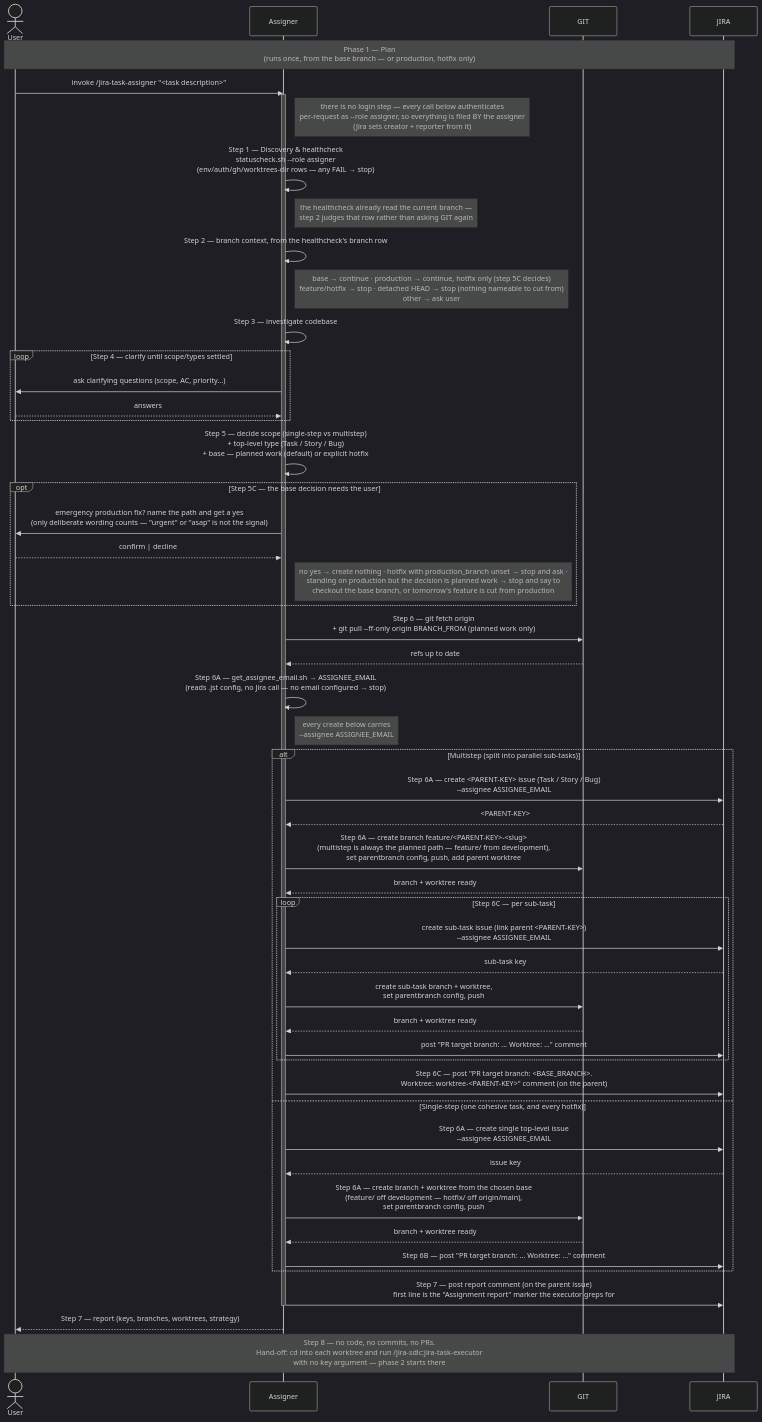
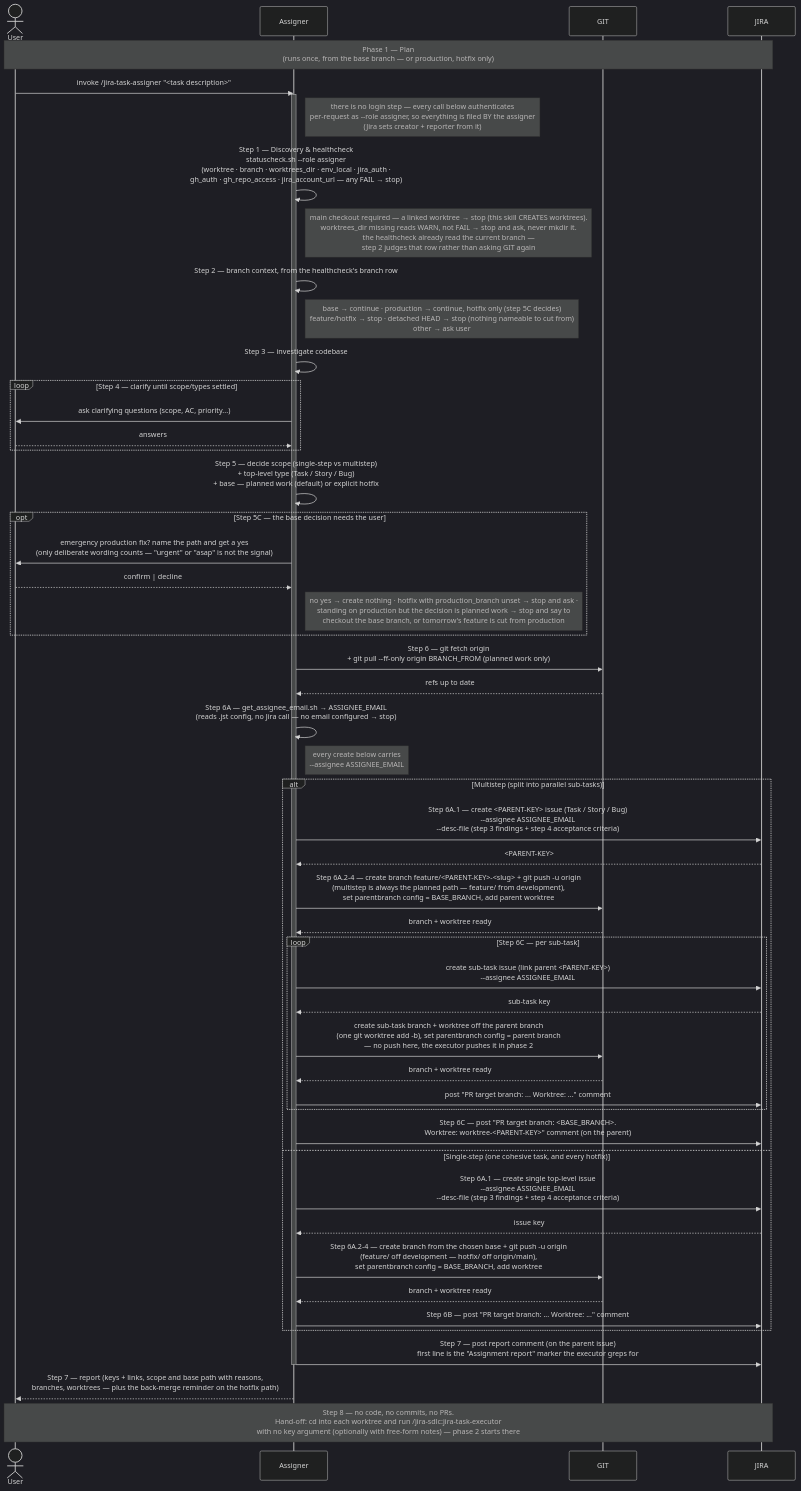
One commit to kantorv/jira-sdlc-tools changed the diagram in docs/task-lifecycle/TASK-LIFECYCLE-PHASE-1.md. Above: the diagram before and after it, drawn with Mermaid (dark theme). The commit also changed other lines of this file and 1 other file, not shown here.

First line of the commit message:
JST-298 reconcile the phase 1 diagram with jira-task-assigner

````diff
--- a/docs/task-lifecycle/TASK-LIFECYCLE-PHASE-1.md
+++ b/docs/task-lifecycle/TASK-LIFECYCLE-PHASE-1.md
@@ -39,62 +41,62 @@
 ```mermaid
 sequenceDiagram
     actor User
     participant Assigner
     participant GIT
     participant JIRA
 
     Note over User,JIRA: Phase 1 — Plan<br/>(runs once, from the base branch — or production, hotfix only)
     User->>Assigner: invoke /jira-task-assigner "<task description>"
 
     activate Assigner
     Note right of Assigner: there is no login step — every call below authenticates<br/>per-request as --role assigner, so everything is filed BY the assigner<br/>(Jira sets creator + reporter from it)
-    Assigner->>Assigner: Step 1 — Discovery & healthcheck<br/>statuscheck.sh --role assigner<br/>(env/auth/gh/worktrees-dir rows — any FAIL → stop)
-    Note right of Assigner: the healthcheck already read the current branch —<br/>step 2 judges that row rather than asking GIT again
+    Assigner->>Assigner: Step 1 — Discovery & healthcheck<br/>statuscheck.sh --role assigner<br/>(worktree · branch · worktrees_dir · env_local · jira_auth ·<br/>gh_auth · gh_repo_access · jira_account_url — any FAIL → stop)
+    Note right of Assigner: main checkout required — a linked worktree → stop (this skill CREATES worktrees).<br/>worktrees_dir missing reads WARN, not FAIL → stop and ask, never mkdir it.<br/>the healthcheck already read the current branch —<br/>step 2 judges that row rather than asking GIT again
     Assigner->>Assigner: Step 2 — branch context, from the healthcheck's branch row
     Note right of Assigner: base → continue · production → continue, hotfix only (step 5C decides)<br/>feature/hotfix → stop · detached HEAD → stop (nothing nameable to cut from)<br/>other → ask user
     Assigner->>Assigner: Step 3 — investigate codebase
 
     loop Step 4 — clarify until scope/types settled
         Assigner->>User: ask clarifying questions (scope, AC, priority...)
         User-->>Assigner: answers
     end
 
     Assigner->>Assigner: Step 5 — decide scope (single-step vs multistep)<br/>+ top-level type (Task / Story / Bug)<br/>+ base — planned work (default) or explicit hotfix
 
     opt Step 5C — the base decision needs the user
         Assigner->>User: emergency production fix? name the path and get a yes<br/>(only deliberate wording counts — "urgent" or "asap" is not the signal)
         User-->>Assigner: confirm | decline
         Note right of Assigner: no yes → create nothing · hotfix with production_branch unset → stop and ask ·<br/>standing on production but the decision is planned work → stop and say to<br/>checkout the base branch, or tomorrow's feature is cut from production
     end
 
     Assigner->>GIT: Step 6 — git fetch origin<br/>+ git pull --ff-only origin BRANCH_FROM (planned work only)
     GIT-->>Assigner: refs up to date
     Assigner->>Assigner: Step 6A — get_assignee_email.sh → ASSIGNEE_EMAIL<br/>(reads .jst config, no Jira call — no email configured → stop)
     Note right of Assigner: every create below carries<br/>--assignee ASSIGNEE_EMAIL
 
     alt Multistep (split into parallel sub-tasks)
-        Assigner->>JIRA: Step 6A — create <PARENT-KEY> issue (Task / Story / Bug)<br/>--assignee ASSIGNEE_EMAIL
+        Assigner->>JIRA: Step 6A.1 — create <PARENT-KEY> issue (Task / Story / Bug)<br/>--assignee ASSIGNEE_EMAIL<br/>--desc-file (step 3 findings + step 4 acceptance criteria)
         JIRA-->>Assigner: <PARENT-KEY>
-        Assigner->>GIT: Step 6A — create branch feature/<PARENT-KEY>-<slug><br/>(multistep is always the planned path — feature/ from development),<br/>set parentbranch config, push, add parent worktree
+        Assigner->>GIT: Step 6A.2-4 — create branch feature/<PARENT-KEY>-<slug> + git push -u origin<br/>(multistep is always the planned path — feature/ from development),<br/>set parentbranch config = BASE_BRANCH, add parent worktree
         GIT-->>Assigner: branch + worktree ready
         loop Step 6C — per sub-task
             Assigner->>JIRA: create sub-task issue (link parent <PARENT-KEY>)<br/>--assignee ASSIGNEE_EMAIL
             JIRA-->>Assigner: sub-task key
-            Assigner->>GIT: create sub-task branch + worktree,<br/>set parentbranch config, push
+            Assigner->>GIT: create sub-task branch + worktree off the parent branch<br/>(one git worktree add -b), set parentbranch config = parent branch<br/>— no push here, the executor pushes it in phase 2
             GIT-->>Assigner: branch + worktree ready
             Assigner->>JIRA: post "PR target branch: ... Worktree: ..." comment
         end
         Assigner->>JIRA: Step 6C — post "PR target branch: <BASE_BRANCH>.<br/>Worktree: worktree-<PARENT-KEY>" comment (on the parent)
     else Single-step (one cohesive task, and every hotfix)
-        Assigner->>JIRA: Step 6A — create single top-level issue<br/>--assignee ASSIGNEE_EMAIL
+        Assigner->>JIRA: Step 6A.1 — create single top-level issue<br/>--assignee ASSIGNEE_EMAIL<br/>--desc-file (step 3 findings + step 4 acceptance criteria)
         JIRA-->>Assigner: issue key
-        Assigner->>GIT: Step 6A — create branch + worktree from the chosen base<br/>(feature/ off development — hotfix/ off origin/main),<br/>set parentbranch config, push
+        Assigner->>GIT: Step 6A.2-4 — create branch from the chosen base + git push -u origin<br/>(feature/ off development — hotfix/ off origin/main),<br/>set parentbranch config = BASE_BRANCH, add worktree
         GIT-->>Assigner: branch + worktree ready
         Assigner->>JIRA: Step 6B — post "PR target branch: ... Worktree: ..." comment
     end
     Assigner->>JIRA: Step 7 — post report comment (on the parent issue)<br/>first line is the "Assignment report" marker the executor greps for
     deactivate Assigner
 
-    Assigner-->>User: Step 7 — report (keys, branches, worktrees, strategy)
-    Note over User,JIRA: Step 8 — no code, no commits, no PRs.<br/>Hand-off: cd into each worktree and run /jira-sdlc:jira-task-executor<br/>with no key argument — phase 2 starts there
+    Assigner-->>User: Step 7 — report (keys + links, scope and base path with reasons,<br/>branches, worktrees — plus the back-merge reminder on the hotfix path)
+    Note over User,JIRA: Step 8 — no code, no commits, no PRs.<br/>Hand-off: cd into each worktree and run /jira-sdlc:jira-task-executor<br/>with no key argument (optionally with free-form notes) — phase 2 starts there
 ```
````
